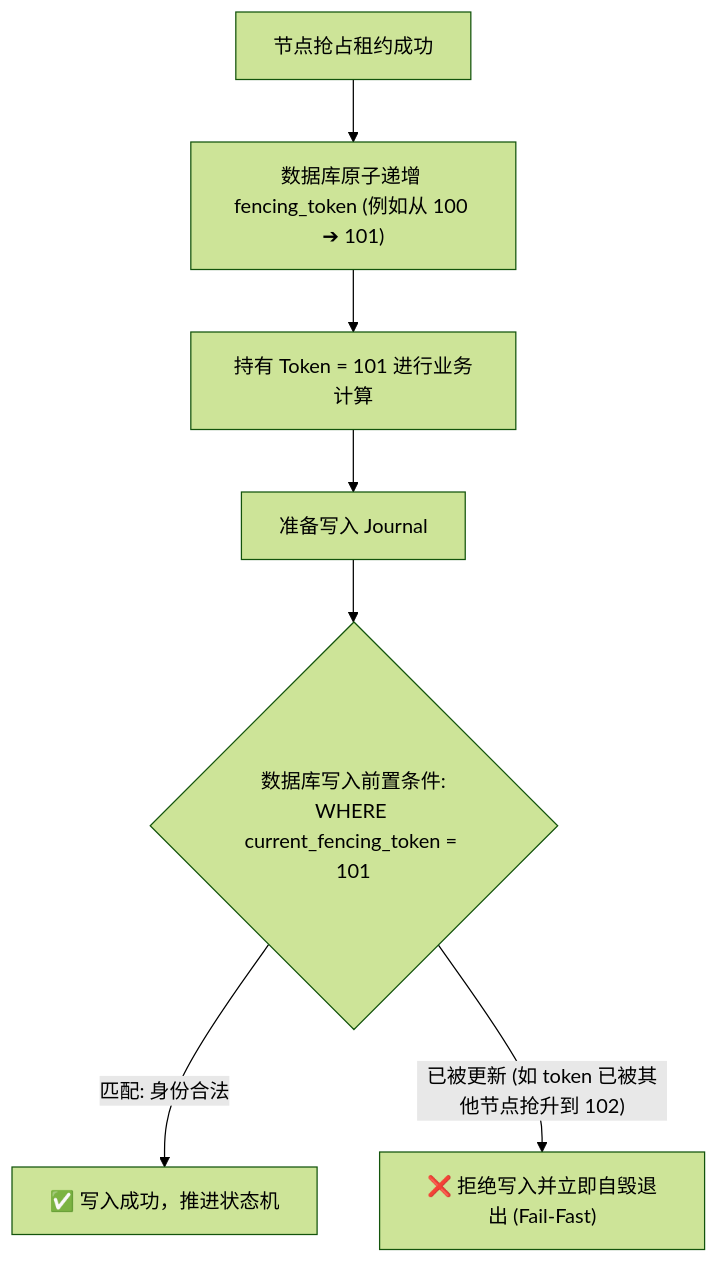
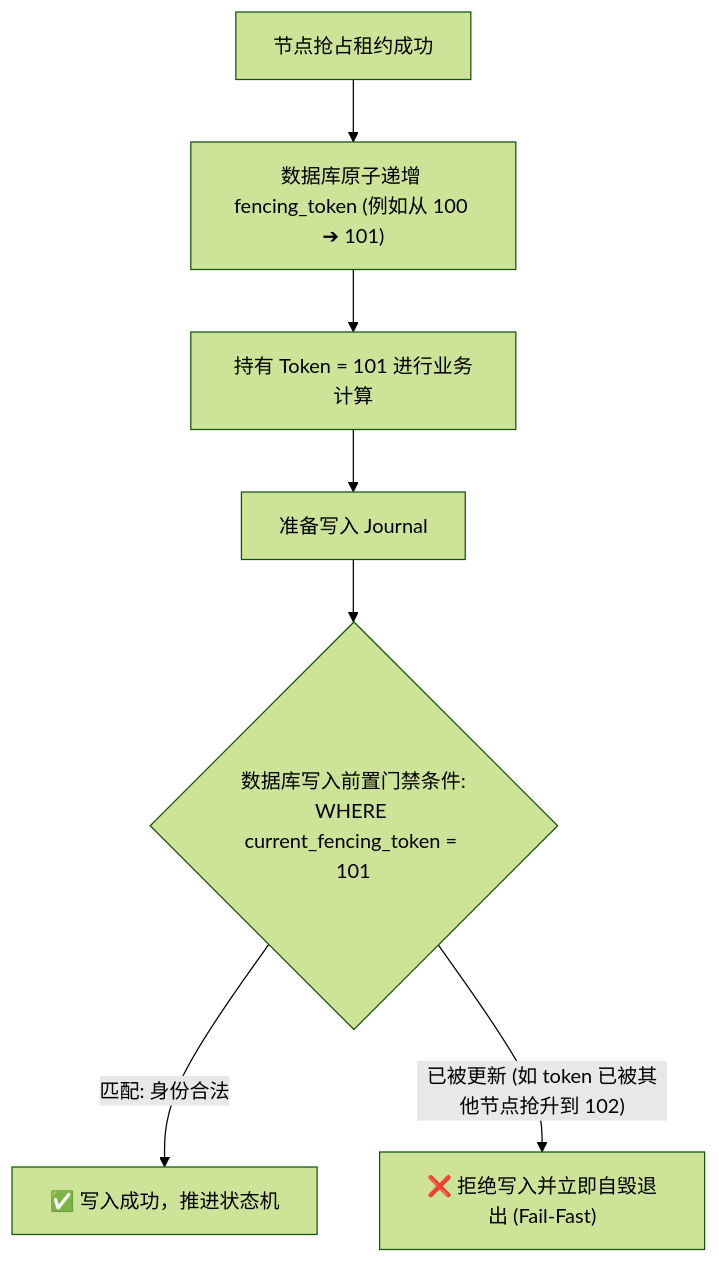
The second of 3 diagrams in content/posts/oract-05-distributed-lease-and-fencing.md (MoreConsequence/MoreConsequence.github.io), drawn with Mermaid (forest theme) before and after one commit. The commit also changed other lines of this file and 11 other files, not shown here.

````diff
--- a/content/posts/oract-05-distributed-lease-and-fencing.md
+++ b/content/posts/oract-05-distributed-lease-and-fencing.md
@@ -67,12 +67,12 @@
 ```mermaid
 flowchart TD
     Acquire["节点抢占租约成功"] --> Bump["数据库原子递增 fencing_token (例如从 100 ➔ 101)"]
     Bump --> Grant["持有 Token = 101 进行业务计算"]
     
     Grant --> WriteEvent["准备写入 Journal"]
     
-    WriteEvent --> CheckFencing{"数据库写入前置条件:<br/>WHERE current_fencing_token = 101"}
+    WriteEvent --> CheckFencing{"数据库写入前置门禁条件:<br/>WHERE current_fencing_token = 101"}
     
     CheckFencing -->|"匹配: 身份合法"| Commit["✅ 写入成功，推进状态机"]
     CheckFencing -->|"已被更新 (如 token 已被其他节点抢升到 102)"| Reject["❌ 拒绝写入并立即自毁退出 (Fail-Fast)"]
 ```
````
